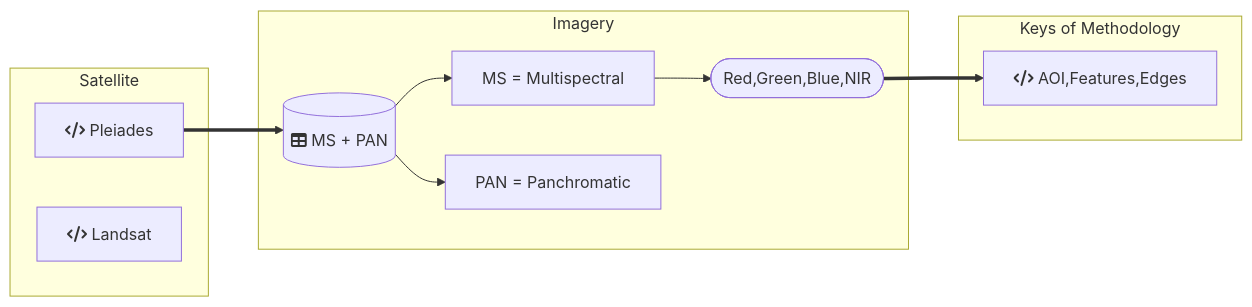
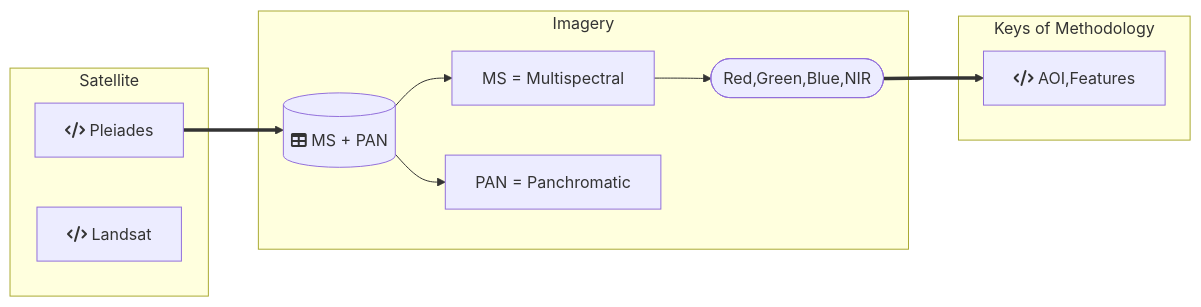
Before and after one commit to DippoldEJ/Satellite-Datasets: the diagram in README.md, drawn with Mermaid. The commit also changed other lines of this file, not shown here.

````diff
--- a/README.md
+++ b/README.md
@@ -10,25 +10,25 @@
 ```mermaid
 flowchart LR;
 
 subgraph Satellite
     s[fa:fa-code Pleiades]
     a[fa:fa-code Landsat]
     end
 
  subgraph Imagery
         db[(fa:fa-table MS + PAN)]
         m[MS = Multispectral]
         p[PAN = Panchromatic]
         b([Red,Green,Blue,NIR])
     end
 
 subgraph Keys of Methodology
-    c[fa:fa-code AOI,Features,Edges]
+    c[fa:fa-code AOI,Features]
     end
 
     s==>db
     db-->m
     db-->p
     m-->b
     b==>c
 ```
````
